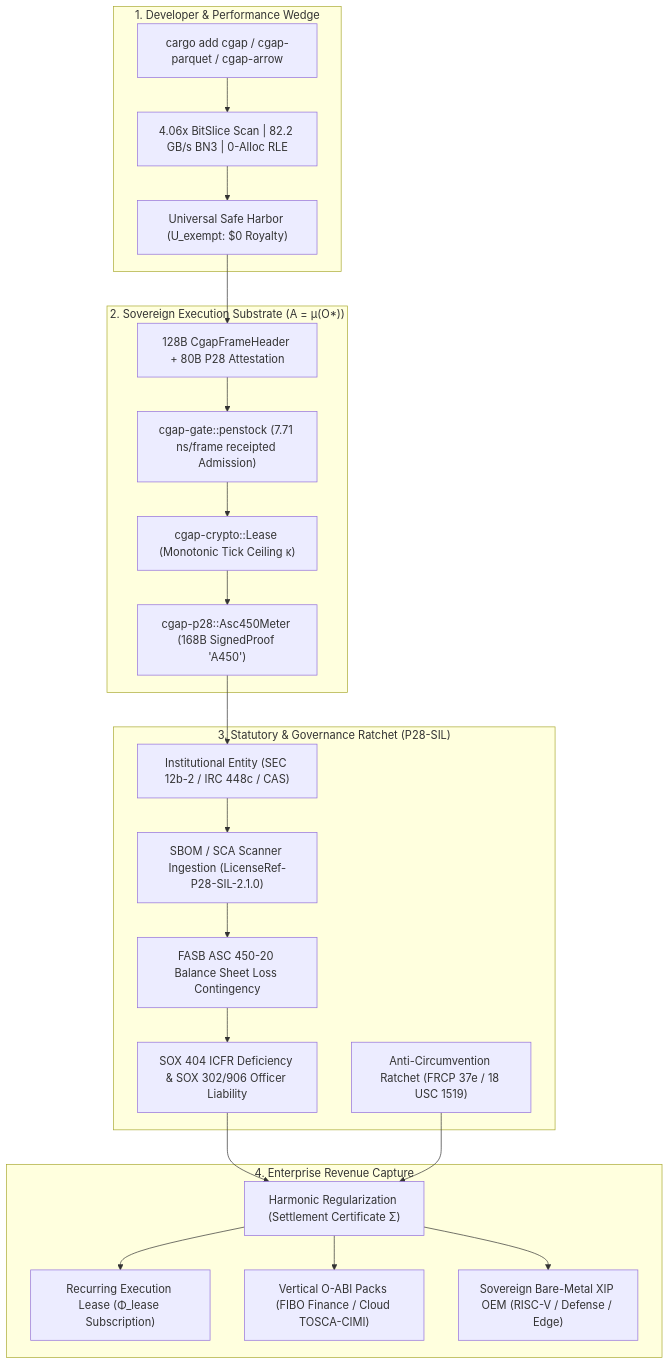
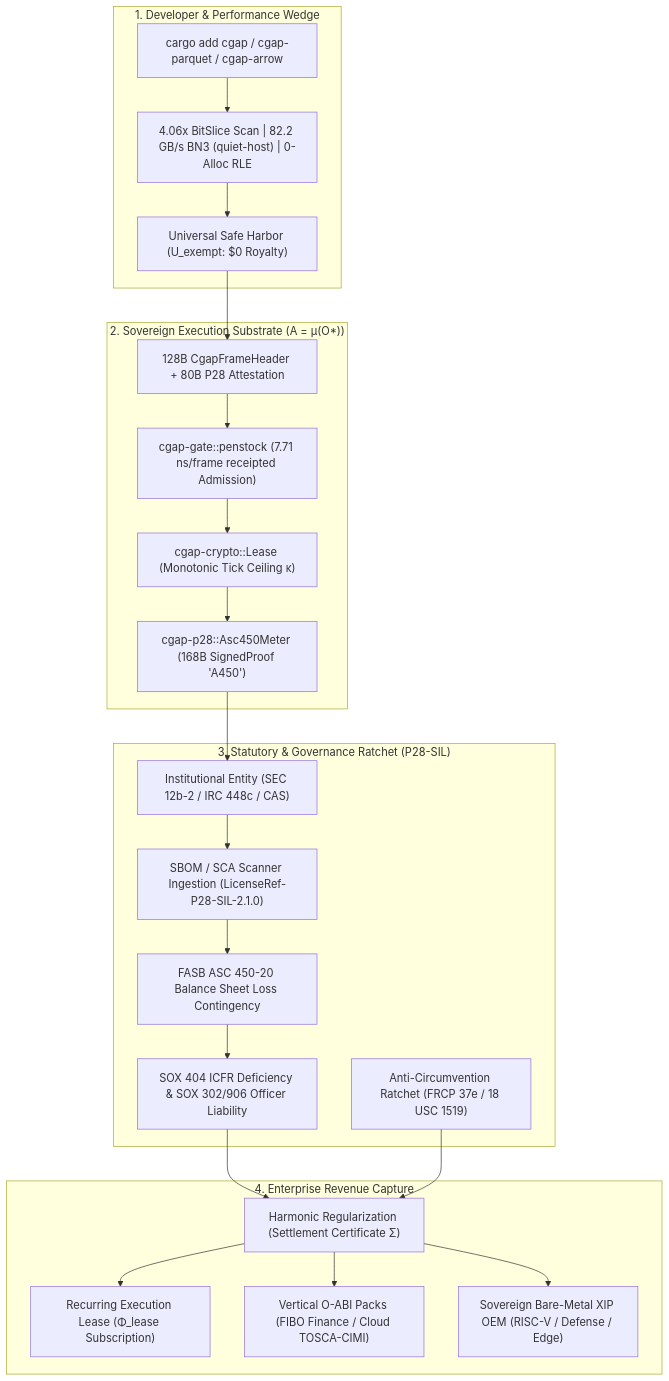
One commit to seanchatmangpt/cgap changed the diagram in docs/REVENUE_GENERATION_COMPENDIUM.md. Above: the diagram before and after it, drawn with Mermaid. The commit also changed other lines of this file and 267 other files, not shown here.

````diff
--- a/docs/REVENUE_GENERATION_COMPENDIUM.md
+++ b/docs/REVENUE_GENERATION_COMPENDIUM.md
@@ -49,39 +49,39 @@
 ```mermaid
 flowchart TD
     subgraph Wedge ["1. Developer & Performance Wedge"]
         Dev["cargo add cgap / cgap-parquet / cgap-arrow"]
-        Perf["4.06x BitSlice Scan | 82.2 GB/s BN3 | 0-Alloc RLE"]
+        Perf["4.06x BitSlice Scan | 82.2 GB/s BN3 (quiet-host) | 0-Alloc RLE"]
         SafeHarbor["Universal Safe Harbor (U_exempt: $0 Royalty)"]
     end
 
     subgraph Substrate ["2. Sovereign Execution Substrate (A = μ(O*))"]
         Frame["128B CgapFrameHeader + 80B P28 Attestation"]
         Penstock["cgap-gate::penstock (7.71 ns/frame receipted Admission)"]
         Lease["cgap-crypto::Lease (Monotonic Tick Ceiling κ)"]
         Meter["cgap-p28::Asc450Meter (168B SignedProof 'A450')"]
     end
 
     subgraph Ratchet ["3. Statutory & Governance Ratchet (P28-SIL)"]
         Entity["Institutional Entity (SEC 12b-2 / IRC 448c / CAS)"]
         SBOM["SBOM / SCA Scanner Ingestion (LicenseRef-P28-SIL-2.1.0)"]
         ASC450["FASB ASC 450-20 Balance Sheet Loss Contingency"]
         SOX["SOX 404 ICFR Deficiency & SOX 302/906 Officer Liability"]
         Spoliation["Anti-Circumvention Ratchet (FRCP 37e / 18 USC 1519)"]
     end
 
     subgraph Revenue ["4. Enterprise Revenue Capture"]
         Harmonic["Harmonic Regularization (Settlement Certificate Σ)"]
         EnterpriseLease["Recurring Execution Lease (Φ_lease Subscription)"]
         DomainPacks["Vertical O-ABI Packs (FIBO Finance / Cloud TOSCA-CIMI)"]
         OEM["Sovereign Bare-Metal XIP OEM (RISC-V / Defense / Edge)"]
     end
 
     Dev --> Perf --> SafeHarbor
     SafeHarbor --> Frame --> Penstock --> Lease --> Meter
     Meter --> Entity --> SBOM --> ASC450 --> SOX
     SOX --> Harmonic
     Spoliation --> Harmonic
     Harmonic --> EnterpriseLease
     Harmonic --> DomainPacks
     Harmonic --> OEM
 ```
````
